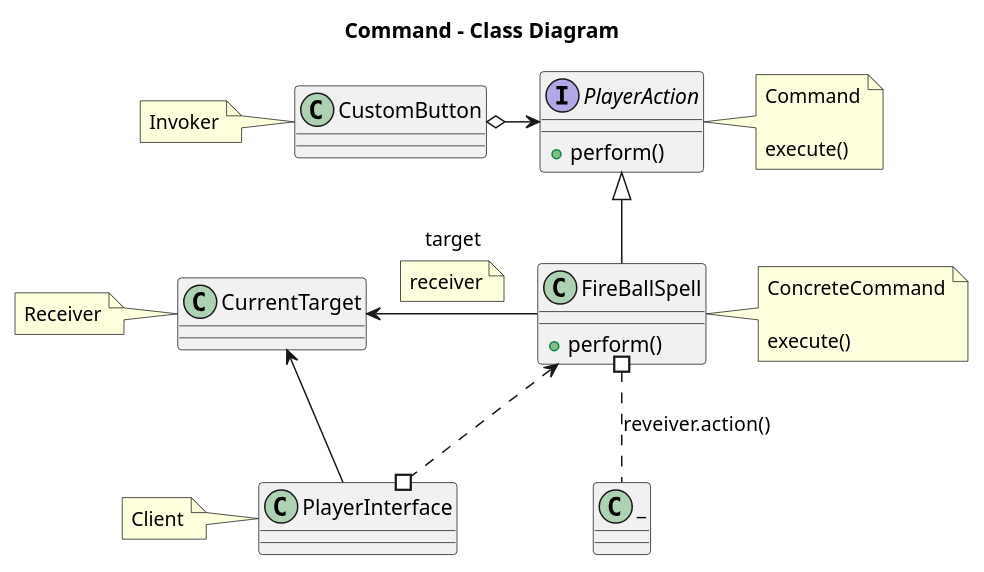
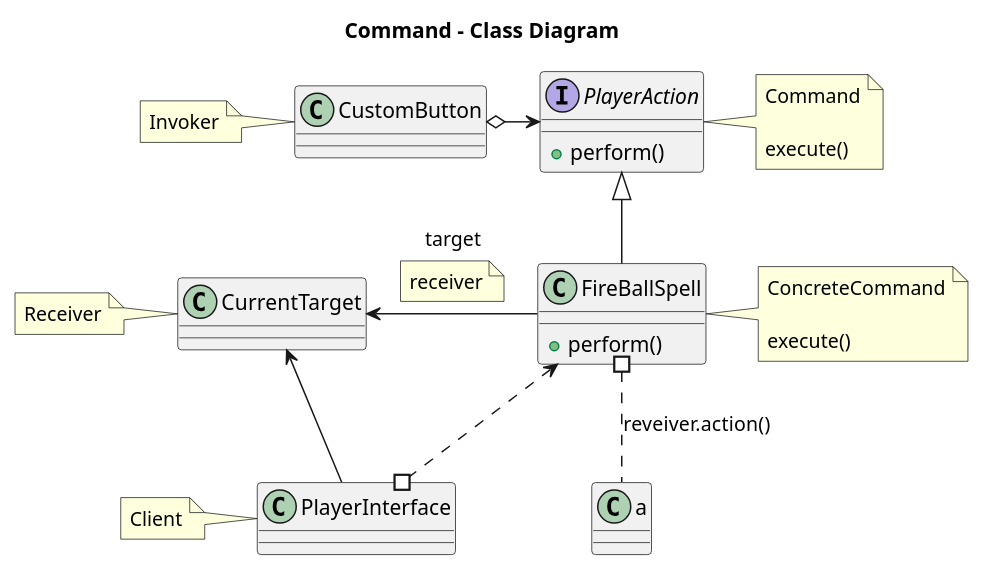
One commit to sratatata/space-invaders changed the diagram in static/command.puml. Above: the diagram before and after it, drawn with PlantUML.

Commit message:
command test

```diff
--- a/static/command.puml
+++ b/static/command.puml
@@ -1,52 +1,52 @@
 @startuml
 
 title Command - Class Diagram
 
 class CustomButton
 note left of CustomButton
     Invoker
 end note
 
 
 interface PlayerAction {
   + perform()
 }
 note right of PlayerAction
     Command
     
     execute()
 end note
 
 
 class FireBallSpell {
   + perform()
 }
 note right of FireBallSpell
     ConcreteCommand
     
     execute()
 end note
 
 
 class CurrentTarget
 note left of CurrentTarget
     Receiver
 end note
 
 
 class PlayerInterface
 note left of PlayerInterface
     Client
 end note
 
 
 CustomButton o-> PlayerAction
 PlayerAction <|-down- FireBallSpell
 CurrentTarget <- FireBallSpell : target
 note bottom on link: receiver  
 PlayerInterface -up-> CurrentTarget 
 PlayerInterface #.up.> FireBallSpell
-FireBallSpell #.down.  _:reveiver.action()
+FireBallSpell #.down.  a:reveiver.action()
 
 
 @enduml
```
